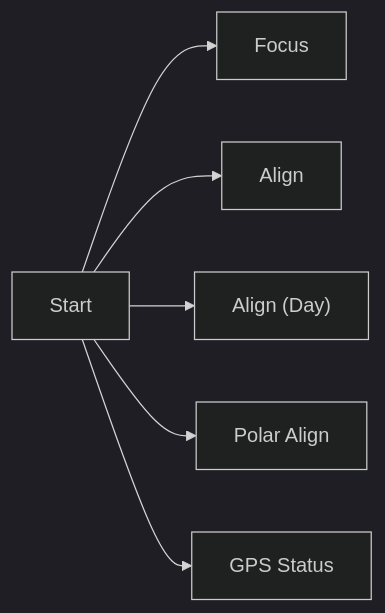
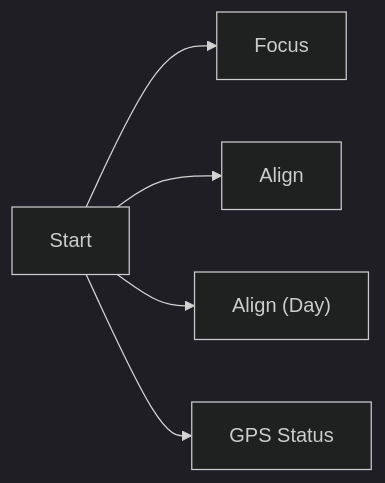
Before and after one commit to brickbots/PiFinder: the second of 5 diagrams in docs/source/menu_map.rst, drawn with Mermaid (dark theme). The commit also changed other lines of this file and 16 other files, not shown here.

```diff
--- a/docs/source/menu_map.rst
+++ b/docs/source/menu_map.rst
@@ -39,8 +41,7 @@
 .. mermaid::
 
    flowchart LR
        Start --> Focus
        Start --> Align
        Start --> AlignDay["Align (Day)"]
-       Start --> Polar["Polar Align"]
        Start --> GPS["GPS Status"]
```
